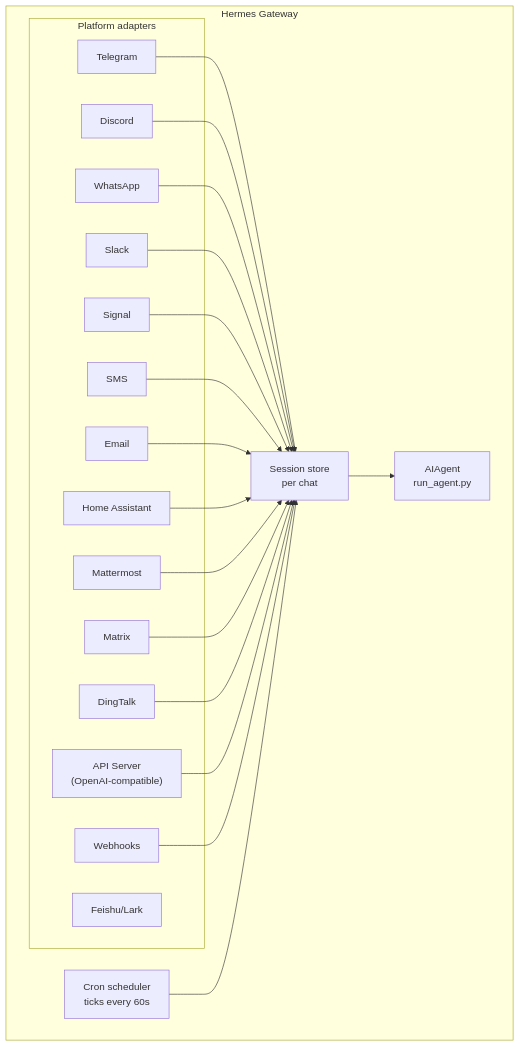
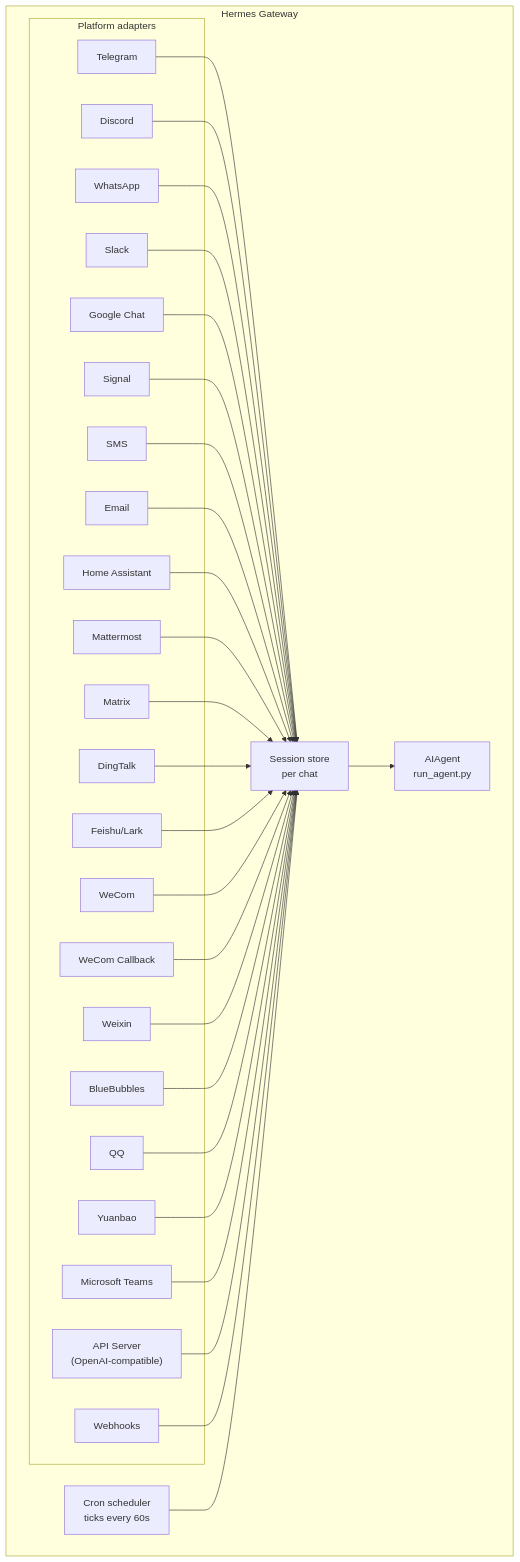
One commit to aivrar/portable-hermes-agent changed the diagram in website/docs/user-guide/messaging/index.md. Above: the diagram before and after it, drawn with Mermaid. The commit also changed other lines of this file and 5979 other files, not shown here.

````diff
--- a/website/docs/user-guide/messaging/index.md
+++ b/website/docs/user-guide/messaging/index.md
@@ -15,41 +50,58 @@
 ```mermaid
 flowchart TB
     subgraph Gateway["Hermes Gateway"]
         subgraph Adapters["Platform adapters"]
             tg[Telegram]
             dc[Discord]
             wa[WhatsApp]
             sl[Slack]
+            gc[Google Chat]
             sig[Signal]
             sms[SMS]
             em[Email]
             ha[Home Assistant]
             mm[Mattermost]
             mx[Matrix]
             dt[DingTalk]
     fs[Feishu/Lark]
-            api["API Server<br/>(OpenAI-compatible)"]
-            wh[Webhooks]
+    wc[WeCom]
+    wcb[WeCom Callback]
+    wx[Weixin]
+    bb[BlueBubbles]
+    qq[QQ]
+    yb[Yuanbao]
+    ms[Microsoft Teams]
+    api["API Server<br/>(OpenAI-compatible)"]
+    wh[Webhooks]
         end
 
         store["Session store<br/>per chat"]
         agent["AIAgent<br/>run_agent.py"]
         cron["Cron scheduler<br/>ticks every 60s"]
     end
 
     tg --> store
     dc --> store
     wa --> store
     sl --> store
+    gc --> store
     sig --> store
     sms --> store
     em --> store
     ha --> store
     mm --> store
     mx --> store
     dt --> store
+    fs --> store
+    wc --> store
+    wcb --> store
+    wx --> store
+    bb --> store
+    qq --> store
+    yb --> store
+    ms --> store
     api --> store
     wh --> store
     store --> agent
     cron --> store
 ```
````
